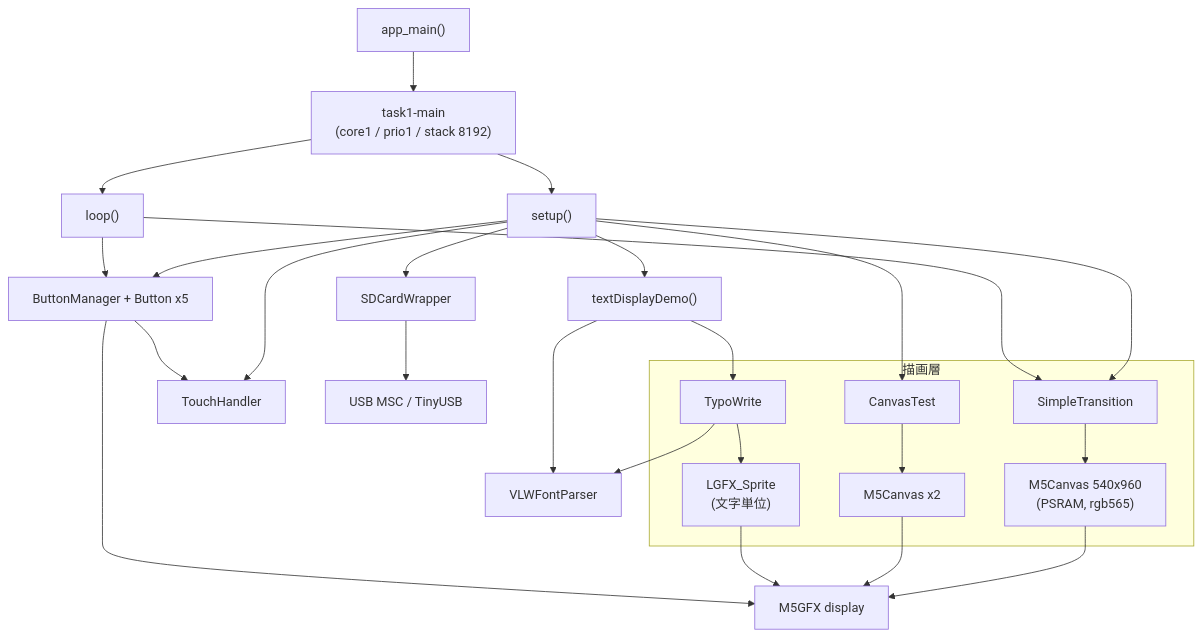
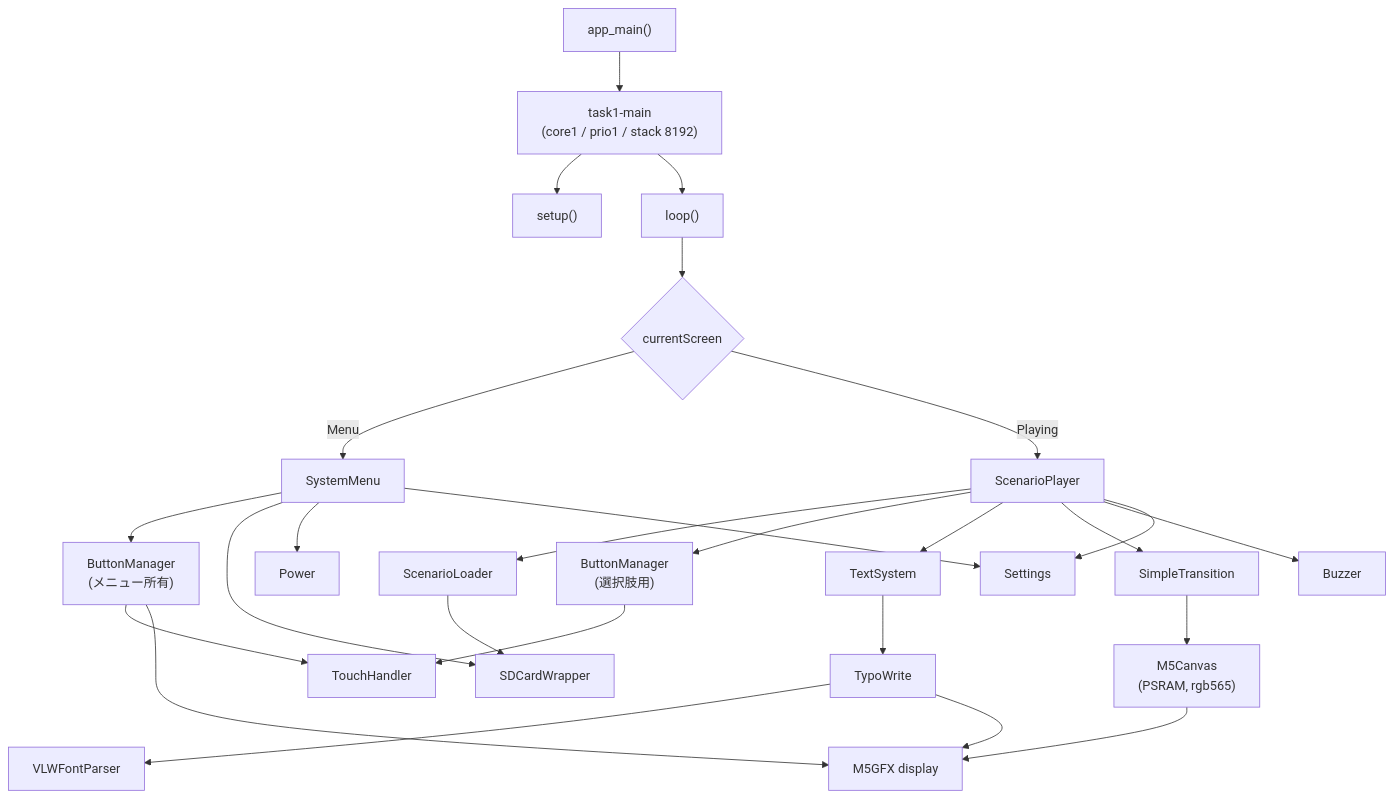
The diagram in PROGRAM_SPEC.md (sasamisun/ayame_sys), drawn with Mermaid before and after one commit. The commit also changed other lines of this file and 66 other files, not shown here.

````diff
--- a/PROGRAM_SPEC.md
+++ b/PROGRAM_SPEC.md
@@ -175,32 +287,33 @@
 ```mermaid
 graph TD
     A["app_main()"] --> B["task1-main<br/>(core1 / prio1 / stack 8192)"]
     B --> C["setup()"]
     B --> D["loop()"]
 
-    C --> E[SDCardWrapper]
-    C --> F[CanvasTest]
-    C --> G[SimpleTransition]
-    C --> H[TouchHandler]
-    C --> I[ButtonManager + Button x5]
-    C --> J["textDisplayDemo()"]
+    D --> E{currentScreen}
+    E -->|Menu| F[SystemMenu]
+    E -->|Playing| G[ScenarioPlayer]
 
-    J --> K[VLWFontParser]
-    J --> L[TypoWrite]
-    L --> K
+    F --> H["ButtonManager<br/>(メニュー所有)"]
+    G --> I[ScenarioLoader]
+    G --> J["ButtonManager<br/>(選択肢用)"]
+    G --> K[TextSystem]
+    G --> L[SimpleTransition]
 
-    D --> G
-    D --> I
-    I --> H
-    E --> M[USB MSC / TinyUSB]
+    K --> M[TypoWrite]
+    M --> N[VLWFontParser]
 
-    subgraph 描画層
-        G --> N["M5Canvas 540x960<br/>(PSRAM, rgb565)"]
-        F --> O["M5Canvas x2"]
-        L --> P["LGFX_Sprite<br/>(文字単位)"]
-    end
-    N --> Q[M5GFX display]
-    O --> Q
-    P --> Q
-    I --> Q
+    H --> O[TouchHandler]
+    J --> O
+    F --> P[SDCardWrapper]
+    I --> P
+    G --> Q[Buzzer]
+    F --> R[Power]
+    F --> S[Settings]
+    G --> S
+
+    L --> T["M5Canvas<br/>(PSRAM, rgb565)"]
+    T --> U[M5GFX display]
+    M --> U
+    H --> U
 ```
````
